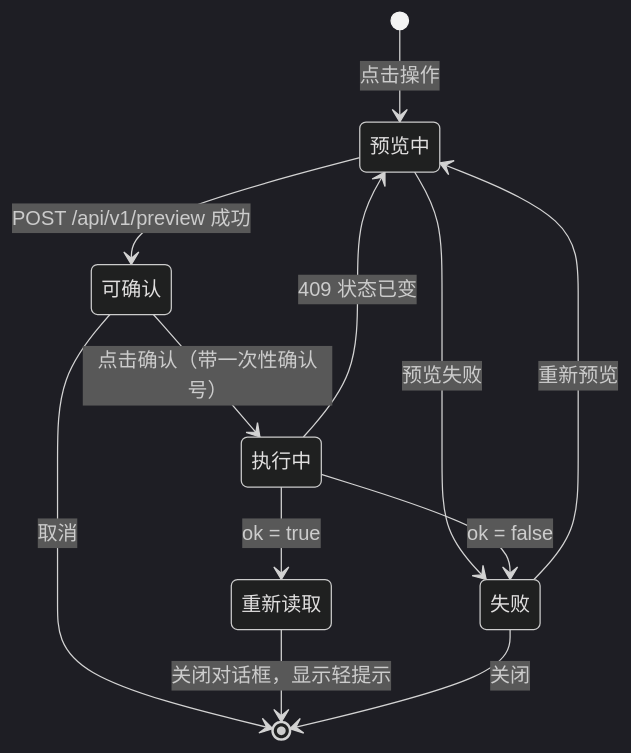
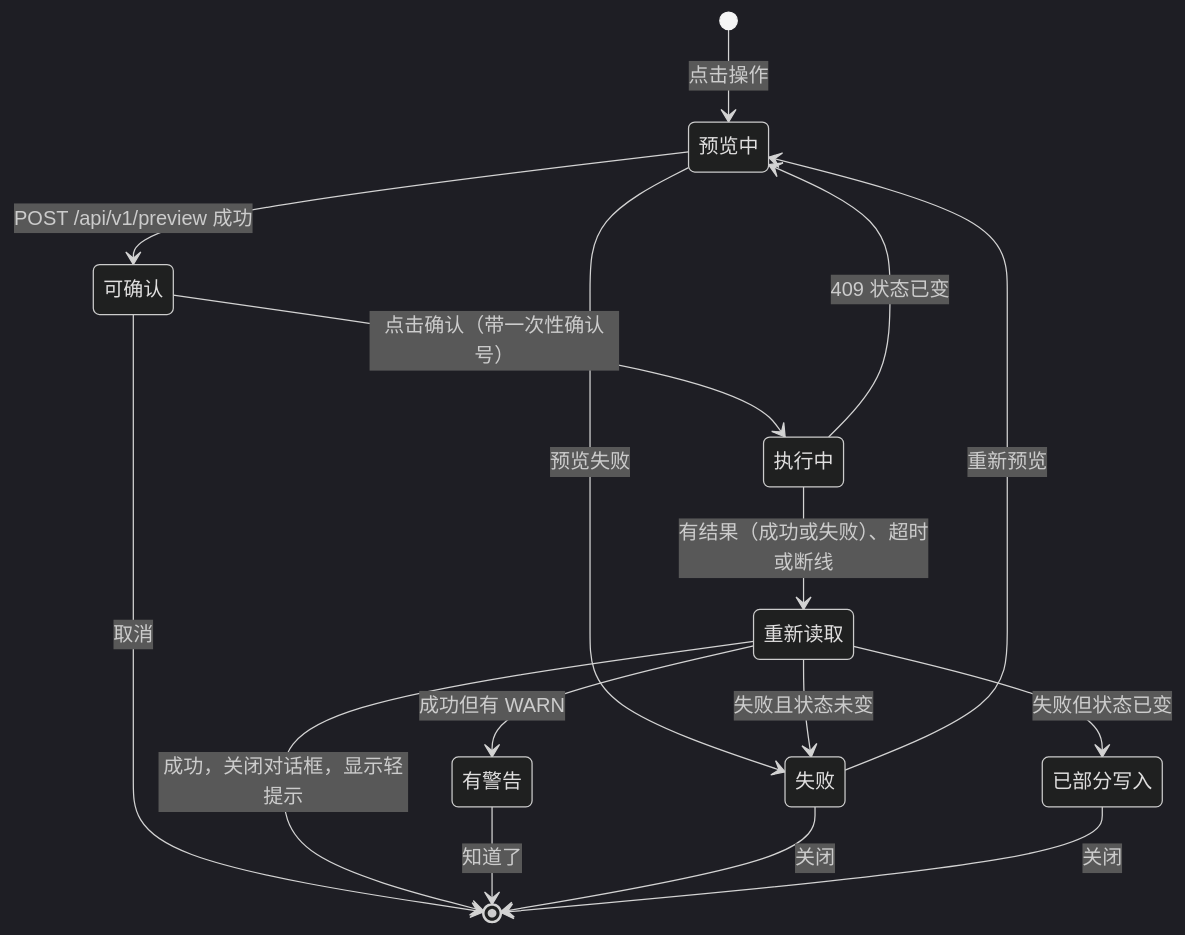
Before and after one commit to mrQzs/ThemisTally: the diagram in docs/themis-tally-3.0-桌面端-UI设计.md, drawn with Mermaid (dark theme). The commit also changed other lines of this file and 2 other files, not shown here.

````diff
--- a/docs/themis-tally-3.0-桌面端-UI设计.md
+++ b/docs/themis-tally-3.0-桌面端-UI设计.md
@@ -963,14 +989,18 @@
 ```mermaid
 stateDiagram-v2
     [*] --> 预览中: 点击操作
     预览中 --> 可确认: POST /api/v1/preview 成功
     预览中 --> 失败: 预览失败
     可确认 --> 执行中: 点击确认（带一次性确认号）
     可确认 --> [*]: 取消
-    执行中 --> 重新读取: ok = true
-    执行中 --> 失败: ok = false
+    执行中 --> 重新读取: 有结果（成功或失败）、超时或断线
     执行中 --> 预览中: 409 状态已变
-    重新读取 --> [*]: 关闭对话框，显示轻提示
+    重新读取 --> [*]: 成功，关闭对话框，显示轻提示
+    重新读取 --> 有警告: 成功但有 WARN
+    重新读取 --> 失败: 失败且状态未变
+    重新读取 --> 已部分写入: 失败但状态已变
+    有警告 --> [*]: 知道了
     失败 --> 预览中: 重新预览
     失败 --> [*]: 关闭
+    已部分写入 --> [*]: 关闭
 ```
````
